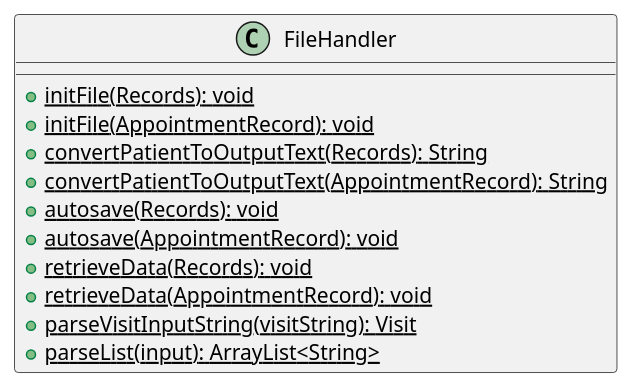
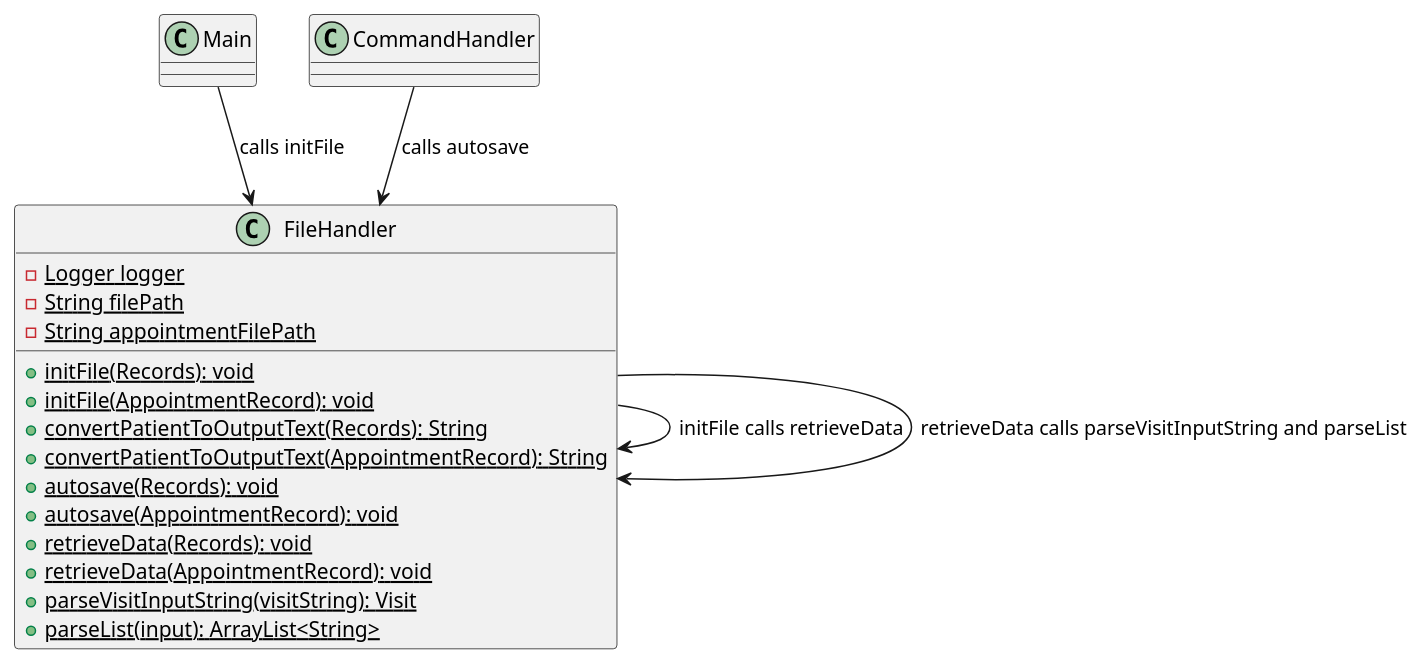
One commit to yentheng0110/tp changed the diagram in docs/FileHandler.puml. Above: the diagram before and after it, drawn with PlantUML. The commit also changed 1 other file, not shown here.

Commit message:
1. added class-level attributes 2. added some association arrows for FileHandler and FindVisit

```diff
--- a/docs/FileHandler.puml
+++ b/docs/FileHandler.puml
@@ -1,17 +1,28 @@
 @startuml
 'https://plantuml.com/class-diagram
 
 class FileHandler {
+  -{static} Logger logger
+  -{static} String filePath
+  -{static} String appointmentFilePath
   +{static} initFile(Records): void
   +{static} initFile(AppointmentRecord): void
   +{static} convertPatientToOutputText(Records): String
   +{static} convertPatientToOutputText(AppointmentRecord): String
   +{static} autosave(Records): void
   +{static} autosave(AppointmentRecord): void
   +{static} retrieveData(Records): void
   +{static} retrieveData(AppointmentRecord): void
   +{static} parseVisitInputString(visitString): Visit
   +{static} parseList(input): ArrayList<String>
 }
 
+class Main {}
+class CommandHandler {}
+
+CommandHandler --> FileHandler: calls autosave
+Main --> FileHandler: calls initFile
+FileHandler --> FileHandler: initFile calls retrieveData
+FileHandler --> FileHandler: retrieveData calls parseVisitInputString and parseList
+
 @enduml
```
